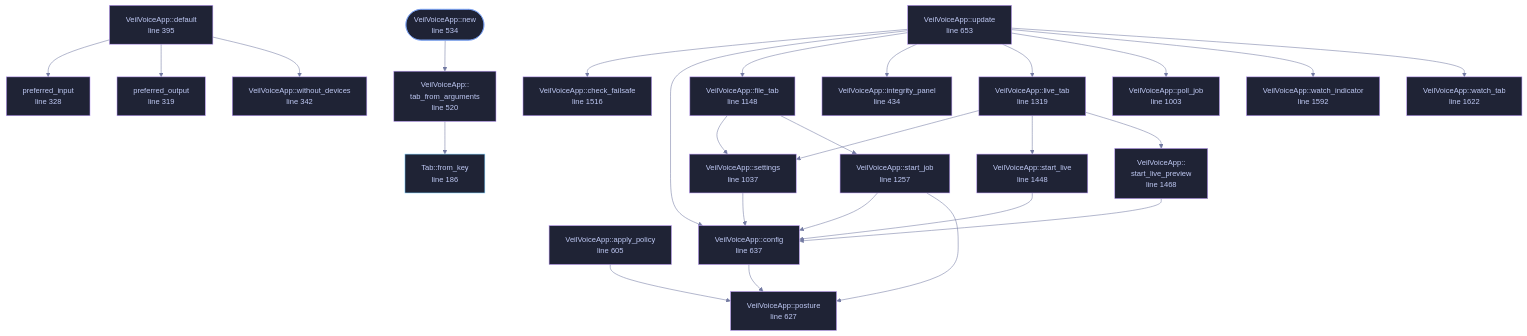
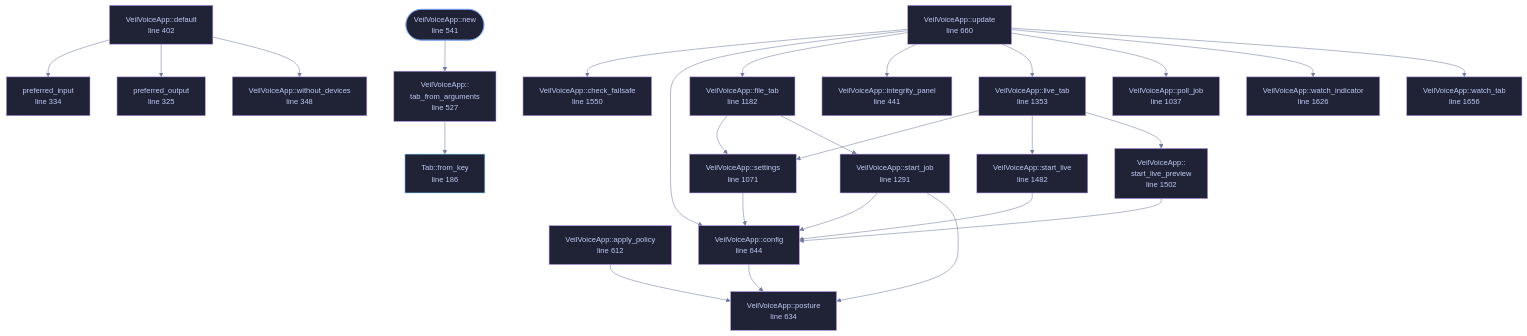
The diagram in docs/files/veilvoice-gui/app.md (tilas01/veilvoice), drawn with Mermaid before and after one commit. The commit also changed other lines of this file and 48 other files, not shown here.

````diff
--- a/docs/files/veilvoice-gui/app.md
+++ b/docs/files/veilvoice-gui/app.md
@@ -181,79 +181,79 @@
 ```mermaid
 %%{init: {"theme":"base","themeVariables":{"background":"#1a1b26","primaryColor":"#1f2335","primaryTextColor":"#c0caf5","primaryBorderColor":"#7aa2f7","secondaryColor":"#16161e","tertiaryColor":"#16161e","lineColor":"#737aa2","textColor":"#c0caf5","mainBkg":"#1f2335","nodeBorder":"#7aa2f7","clusterBkg":"#16161e","clusterBorder":"#2f3549","fontFamily":"ui-monospace, SFMono-Regular, Consolas, monospace","fontSize":"14px"}}}%%
 flowchart TD
     n_from_key["Tab::from_key<br/>line 186"]
-    n_preferred_output["preferred_output<br/>line 319"]
-    n_preferred_input["preferred_input<br/>line 328"]
-    n_without_devices["VeilVoiceApp::without_devices<br/>line 342"]
-    n_default["VeilVoiceApp::default<br/>line 395"]
-    n_integrity_panel["VeilVoiceApp::integrity_panel<br/>line 434"]
-    n_tab_from_arguments["VeilVoiceApp::<br/>tab_from_arguments<br/>line 520"]
-    n_new(["VeilVoiceApp::new<br/>line 534"])
-    n_apply_policy["VeilVoiceApp::apply_policy<br/>line 605"]
-    n_posture["VeilVoiceApp::posture<br/>line 627"]
-    n_config["VeilVoiceApp::config<br/>line 637"]
-    n_update["VeilVoiceApp::update<br/>line 653"]
-    n_poll_job["VeilVoiceApp::poll_job<br/>line 1003"]
-    n_settings["VeilVoiceApp::settings<br/>line 1037"]
-    n_file_tab["VeilVoiceApp::file_tab<br/>line 1148"]
-    n_start_job["VeilVoiceApp::start_job<br/>line 1257"]
-    n_live_tab["VeilVoiceApp::live_tab<br/>line 1319"]
-    n_start_live["VeilVoiceApp::start_live<br/>line 1448"]
-    n_start_live_preview["VeilVoiceApp::<br/>start_live_preview<br/>line 1468"]
-    n_check_failsafe["VeilVoiceApp::check_failsafe<br/>line 1516"]
-    n_watch_indicator["VeilVoiceApp::watch_indicator<br/>line 1592"]
-    n_watch_tab["VeilVoiceApp::watch_tab<br/>line 1622"]
+    n_preferred_output["preferred_output<br/>line 325"]
+    n_preferred_input["preferred_input<br/>line 334"]
+    n_without_devices["VeilVoiceApp::without_devices<br/>line 348"]
+    n_default["VeilVoiceApp::default<br/>line 402"]
+    n_integrity_panel["VeilVoiceApp::integrity_panel<br/>line 441"]
+    n_tab_from_arguments["VeilVoiceApp::<br/>tab_from_arguments<br/>line 527"]
+    n_new(["VeilVoiceApp::new<br/>line 541"])
+    n_apply_policy["VeilVoiceApp::apply_policy<br/>line 612"]
+    n_posture["VeilVoiceApp::posture<br/>line 634"]
+    n_config["VeilVoiceApp::config<br/>line 644"]
+    n_update["VeilVoiceApp::update<br/>line 660"]
+    n_poll_job["VeilVoiceApp::poll_job<br/>line 1037"]
+    n_settings["VeilVoiceApp::settings<br/>line 1071"]
+    n_file_tab["VeilVoiceApp::file_tab<br/>line 1182"]
+    n_start_job["VeilVoiceApp::start_job<br/>line 1291"]
+    n_live_tab["VeilVoiceApp::live_tab<br/>line 1353"]
+    n_start_live["VeilVoiceApp::start_live<br/>line 1482"]
+    n_start_live_preview["VeilVoiceApp::<br/>start_live_preview<br/>line 1502"]
+    n_check_failsafe["VeilVoiceApp::check_failsafe<br/>line 1550"]
+    n_watch_indicator["VeilVoiceApp::watch_indicator<br/>line 1626"]
+    n_watch_tab["VeilVoiceApp::watch_tab<br/>line 1656"]
     n_apply_policy --> n_posture
     n_config --> n_posture
     n_default --> n_preferred_input
     n_default --> n_preferred_output
     n_default --> n_without_devices
     n_file_tab --> n_settings
     n_file_tab --> n_start_job
     n_live_tab --> n_settings
     n_live_tab --> n_start_live
     n_live_tab --> n_start_live_preview
     n_new --> n_tab_from_arguments
     n_settings --> n_config
     n_start_job --> n_config
     n_start_job --> n_posture
     n_start_live --> n_config
     n_start_live_preview --> n_config
     n_tab_from_arguments --> n_from_key
     n_update --> n_check_failsafe
     n_update --> n_config
     n_update --> n_file_tab
     n_update --> n_integrity_panel
     n_update --> n_live_tab
     n_update --> n_poll_job
     n_update --> n_watch_indicator
     n_update --> n_watch_tab
     click n_from_key href "https://github.com/tilas01/veilvoice/blob/main/crates/veilvoice-gui/src/app.rs#L186" "open the source"
-    click n_preferred_output href "https://github.com/tilas01/veilvoice/blob/main/crates/veilvoice-gui/src/app.rs#L319" "open the source"
-    click n_preferred_input href "https://github.com/tilas01/veilvoice/blob/main/crates/veilvoice-gui/src/app.rs#L328" "open the source"
-    click n_without_devices href "https://github.com/tilas01/veilvoice/blob/main/crates/veilvoice-gui/src/app.rs#L342" "open the source"
-    click n_default href "https://github.com/tilas01/veilvoice/blob/main/crates/veilvoice-gui/src/app.rs#L395" "open the source"
-    click n_integrity_panel href "https://github.com/tilas01/veilvoice/blob/main/crates/veilvoice-gui/src/app.rs#L434" "open the source"
-    click n_tab_from_arguments href "https://github.com/tilas01/veilvoice/blob/main/crates/veilvoice-gui/src/app.rs#L520" "open the source"
-    click n_new href "https://github.com/tilas01/veilvoice/blob/main/crates/veilvoice-gui/src/app.rs#L534" "open the source"
-    click n_apply_policy href "https://github.com/tilas01/veilvoice/blob/main/crates/veilvoice-gui/src/app.rs#L605" "open the source"
-    click n_posture href "https://github.com/tilas01/veilvoice/blob/main/crates/veilvoice-gui/src/app.rs#L627" "open the source"
-    click n_config href "https://github.com/tilas01/veilvoice/blob/main/crates/veilvoice-gui/src/app.rs#L637" "open the source"
-    click n_update href "https://github.com/tilas01/veilvoice/blob/main/crates/veilvoice-gui/src/app.rs#L653" "open the source"
-    click n_poll_job href "https://github.com/tilas01/veilvoice/blob/main/crates/veilvoice-gui/src/app.rs#L1003" "open the source"
-    click n_settings href "https://github.com/tilas01/veilvoice/blob/main/crates/veilvoice-gui/src/app.rs#L1037" "open the source"
-    click n_file_tab href "https://github.com/tilas01/veilvoice/blob/main/crates/veilvoice-gui/src/app.rs#L1148" "open the source"
-    click n_start_job href "https://github.com/tilas01/veilvoice/blob/main/crates/veilvoice-gui/src/app.rs#L1257" "open the source"
-    click n_live_tab href "https://github.com/tilas01/veilvoice/blob/main/crates/veilvoice-gui/src/app.rs#L1319" "open the source"
-    click n_start_live href "https://github.com/tilas01/veilvoice/blob/main/crates/veilvoice-gui/src/app.rs#L1448" "open the source"
-    click n_start_live_preview href "https://github.com/tilas01/veilvoice/blob/main/crates/veilvoice-gui/src/app.rs#L1468" "open the source"
-    click n_check_failsafe href "https://github.com/tilas01/veilvoice/blob/main/crates/veilvoice-gui/src/app.rs#L1516" "open the source"
-    click n_watch_indicator href "https://github.com/tilas01/veilvoice/blob/main/crates/veilvoice-gui/src/app.rs#L1592" "open the source"
-    click n_watch_tab href "https://github.com/tilas01/veilvoice/blob/main/crates/veilvoice-gui/src/app.rs#L1622" "open the source"
+    click n_preferred_output href "https://github.com/tilas01/veilvoice/blob/main/crates/veilvoice-gui/src/app.rs#L325" "open the source"
+    click n_preferred_input href "https://github.com/tilas01/veilvoice/blob/main/crates/veilvoice-gui/src/app.rs#L334" "open the source"
+    click n_without_devices href "https://github.com/tilas01/veilvoice/blob/main/crates/veilvoice-gui/src/app.rs#L348" "open the source"
+    click n_default href "https://github.com/tilas01/veilvoice/blob/main/crates/veilvoice-gui/src/app.rs#L402" "open the source"
+    click n_integrity_panel href "https://github.com/tilas01/veilvoice/blob/main/crates/veilvoice-gui/src/app.rs#L441" "open the source"
+    click n_tab_from_arguments href "https://github.com/tilas01/veilvoice/blob/main/crates/veilvoice-gui/src/app.rs#L527" "open the source"
+    click n_new href "https://github.com/tilas01/veilvoice/blob/main/crates/veilvoice-gui/src/app.rs#L541" "open the source"
+    click n_apply_policy href "https://github.com/tilas01/veilvoice/blob/main/crates/veilvoice-gui/src/app.rs#L612" "open the source"
+    click n_posture href "https://github.com/tilas01/veilvoice/blob/main/crates/veilvoice-gui/src/app.rs#L634" "open the source"
+    click n_config href "https://github.com/tilas01/veilvoice/blob/main/crates/veilvoice-gui/src/app.rs#L644" "open the source"
+    click n_update href "https://github.com/tilas01/veilvoice/blob/main/crates/veilvoice-gui/src/app.rs#L660" "open the source"
+    click n_poll_job href "https://github.com/tilas01/veilvoice/blob/main/crates/veilvoice-gui/src/app.rs#L1037" "open the source"
+    click n_settings href "https://github.com/tilas01/veilvoice/blob/main/crates/veilvoice-gui/src/app.rs#L1071" "open the source"
+    click n_file_tab href "https://github.com/tilas01/veilvoice/blob/main/crates/veilvoice-gui/src/app.rs#L1182" "open the source"
+    click n_start_job href "https://github.com/tilas01/veilvoice/blob/main/crates/veilvoice-gui/src/app.rs#L1291" "open the source"
+    click n_live_tab href "https://github.com/tilas01/veilvoice/blob/main/crates/veilvoice-gui/src/app.rs#L1353" "open the source"
+    click n_start_live href "https://github.com/tilas01/veilvoice/blob/main/crates/veilvoice-gui/src/app.rs#L1482" "open the source"
+    click n_start_live_preview href "https://github.com/tilas01/veilvoice/blob/main/crates/veilvoice-gui/src/app.rs#L1502" "open the source"
+    click n_check_failsafe href "https://github.com/tilas01/veilvoice/blob/main/crates/veilvoice-gui/src/app.rs#L1550" "open the source"
+    click n_watch_indicator href "https://github.com/tilas01/veilvoice/blob/main/crates/veilvoice-gui/src/app.rs#L1626" "open the source"
+    click n_watch_tab href "https://github.com/tilas01/veilvoice/blob/main/crates/veilvoice-gui/src/app.rs#L1656" "open the source"
     classDef entry fill:#1f2335,stroke:#7aa2f7,color:#c0caf5
     class n_new entry
     classDef api fill:#1f2335,stroke:#7dcfff,color:#c0caf5
     class n_from_key api
     classDef helper fill:#1f2335,stroke:#bb9af7,color:#c0caf5
     class n_preferred_output,n_preferred_input,n_without_devices,n_default,n_integrity_panel,n_tab_from_arguments,n_apply_policy,n_posture,n_config,n_update,n_poll_job,n_settings,n_file_tab,n_start_job,n_live_tab,n_start_live,n_start_live_preview,n_check_failsafe,n_watch_indicator,n_watch_tab helper
 ```
````
